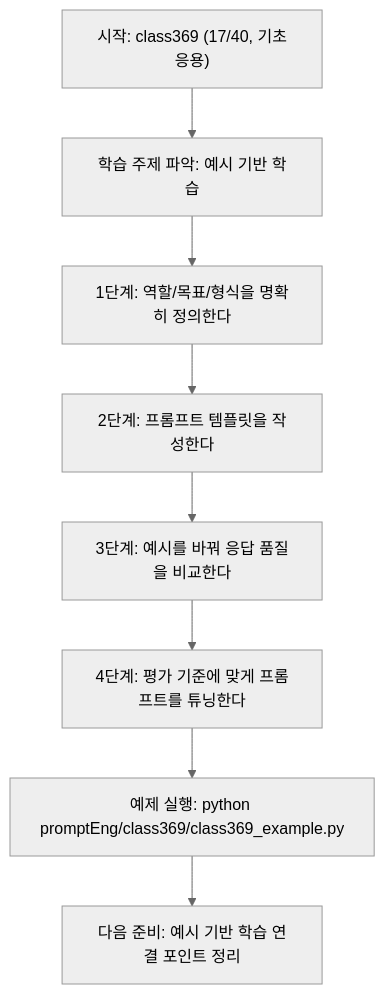
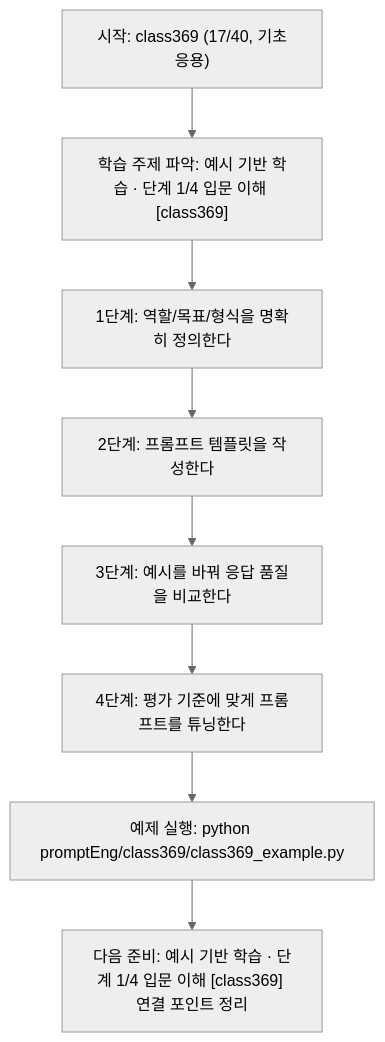
The diagram in promptEng/class369/class369.md (edumgt/Python-AI_Agent-Class), drawn with Mermaid (neutral theme) before and after one commit. The commit also changed other lines of this file and 522 other files, not shown here.

````diff
--- a/promptEng/class369/class369.md
+++ b/promptEng/class369/class369.md
@@ -109,18 +110,18 @@
 ```mermaid
 flowchart TD
 N1["시작: class369 (17/40, 기초응용)"]
-N2["학습 주제 파악: 예시 기반 학습"]
+N2["학습 주제 파악: 예시 기반 학습 · 단계 1/4 입문 이해 [class369]"]
 N3["1단계: 역할/목표/형식을 명확히 정의한다"]
 N4["2단계: 프롬프트 템플릿을 작성한다"]
 N5["3단계: 예시를 바꿔 응답 품질을 비교한다"]
 N6["4단계: 평가 기준에 맞게 프롬프트를 튜닝한다"]
 N7["예제 실행: python promptEng/class369/class369_example.py"]
-N8["다음 준비: 예시 기반 학습 연결 포인트 정리"]
+N8["다음 준비: 예시 기반 학습 · 단계 1/4 입문 이해 [class369] 연결 포인트 정리"]
 N1 --> N2
 N2 --> N3
 N3 --> N4
 N4 --> N5
 N5 --> N6
 N6 --> N7
 N7 --> N8
 ```
````
